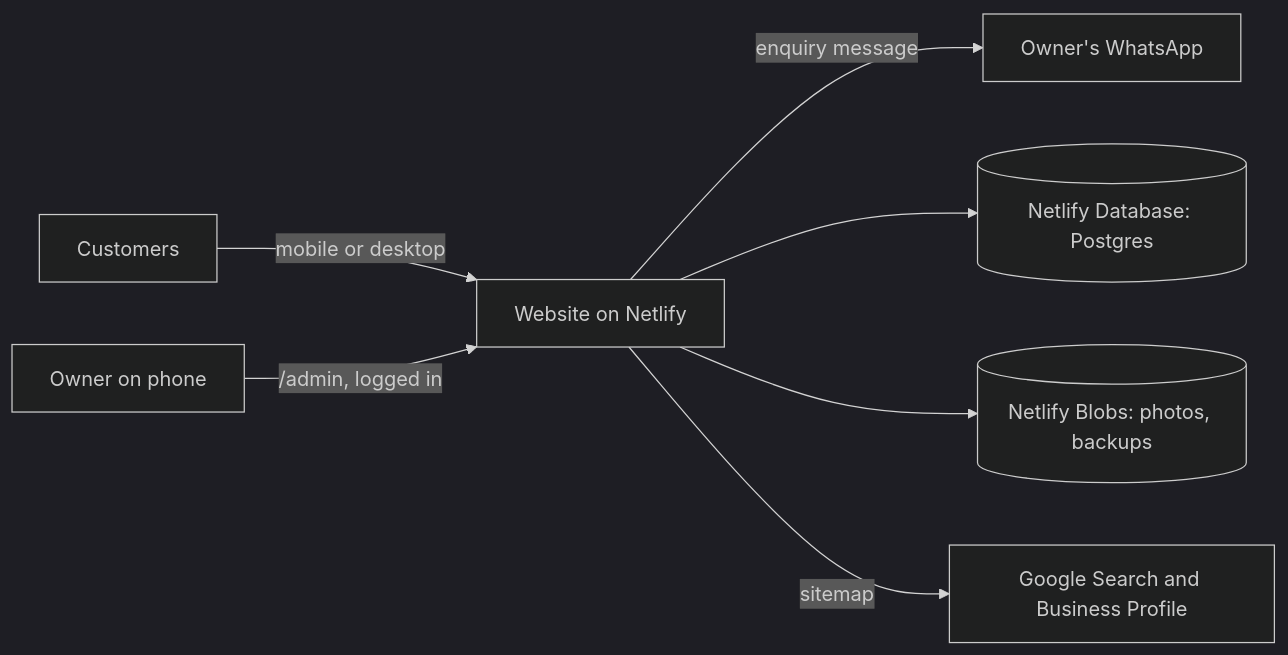
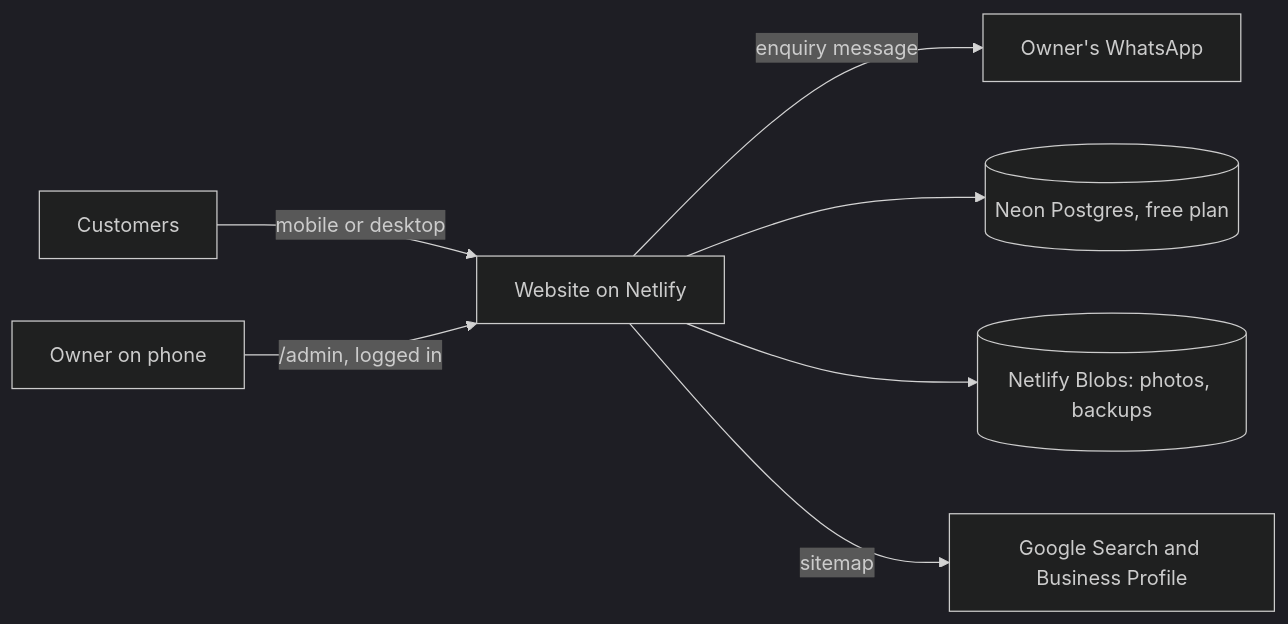
One commit to shubhamdsk/shree-balaji-paints-plywood-hardware changed the first of 3 diagrams in docs/ARCHITECTURE.md. Above: the diagram before and after it, drawn with Mermaid (dark theme). The commit also changed other lines of this file and 110 other files, not shown here.

````diff
--- a/docs/ARCHITECTURE.md
+++ b/docs/ARCHITECTURE.md
@@ -27,9 +27,9 @@
 ```mermaid
 flowchart LR
   Customers[Customers] -->|mobile or desktop| Site[Website on Netlify]
   Site -->|enquiry message| WhatsApp[Owner's WhatsApp]
   Owner[Owner on phone] -->|/admin, logged in| Site
-  Site --> DB[(Netlify Database: Postgres)]
+  Site --> DB[(Neon Postgres, free plan)]
   Site --> Blobs[(Netlify Blobs: photos, backups)]
   Site -->|sitemap| Google[Google Search and Business Profile]
 ```
````
